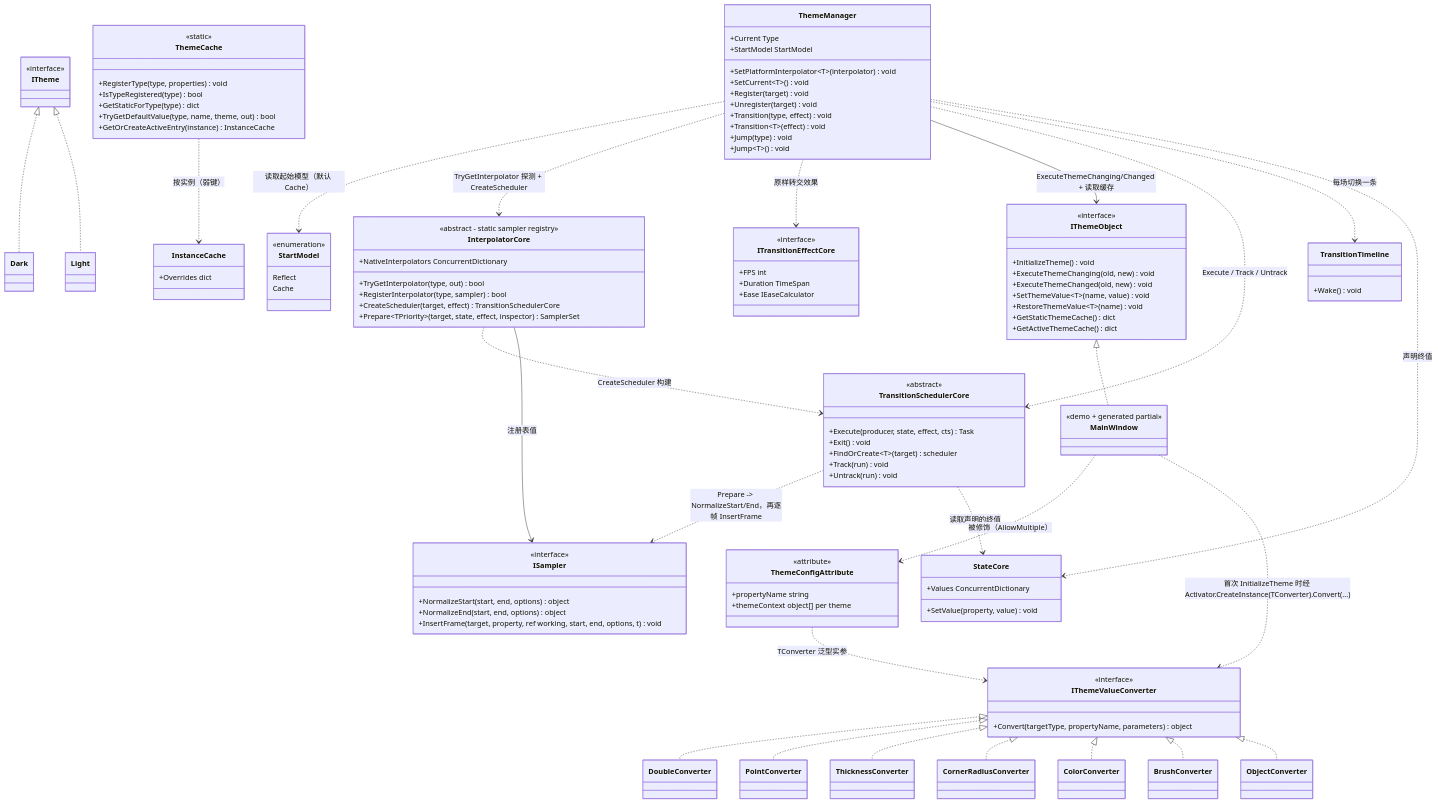
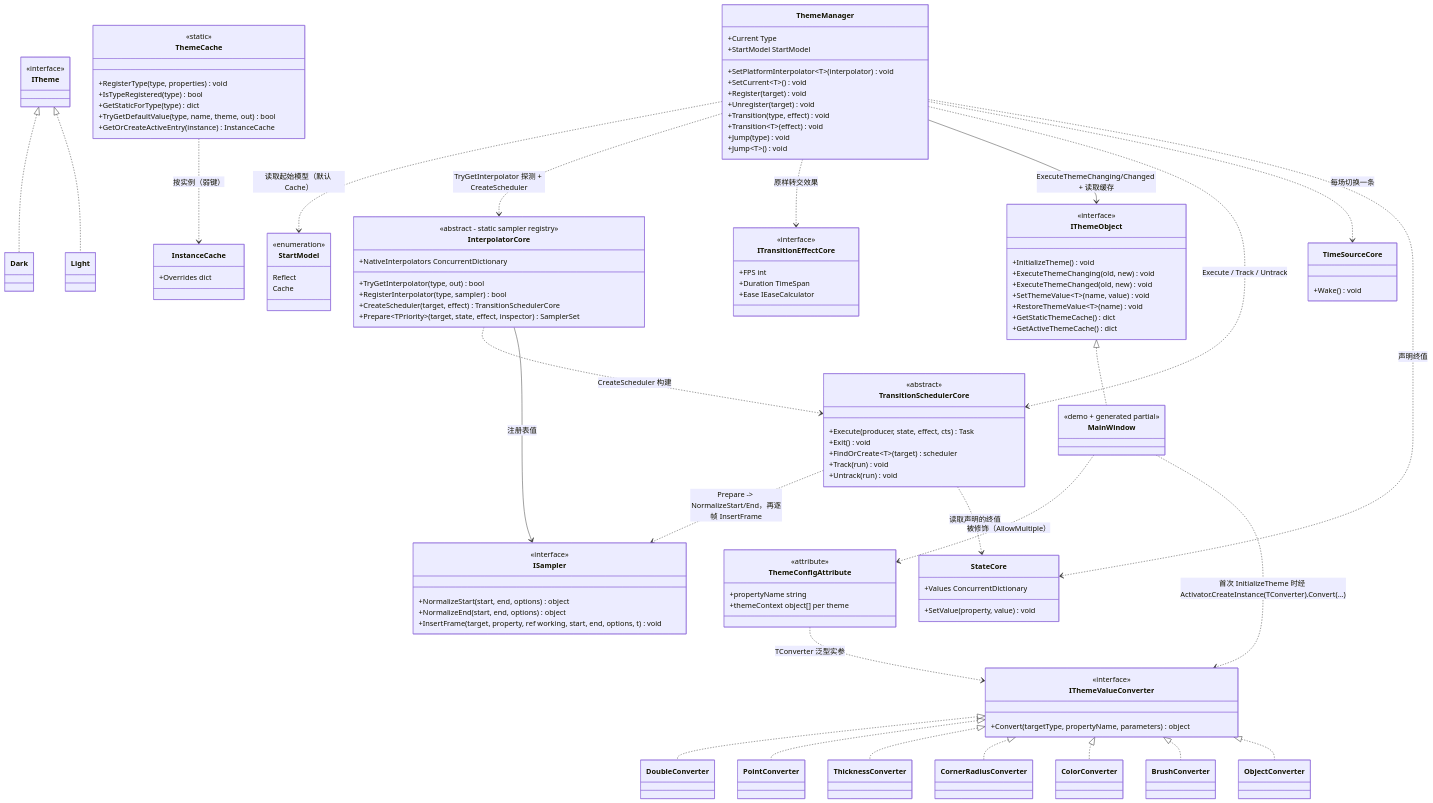
Before and after one commit to Axvser/VeloxDev.Docs: the diagram in src/CloudGlyph/Assets/Docs/content/zh/3_SE分析/02_设计模式分析/04_动态主题/index.md, drawn with Mermaid. The commit also changed other lines of this file and 37 other files, not shown here.

```diff
--- a/src/CloudGlyph/Assets/Docs/content/zh/3_SE分析/02_设计模式分析/04_动态主题/index.md
+++ b/src/CloudGlyph/Assets/Docs/content/zh/3_SE分析/02_设计模式分析/04_动态主题/index.md
@@ -84,7 +84,7 @@
         +Track(run) void
         +Untrack(run) void
     }
-    class TransitionTimeline {
+    class TimeSourceCore {
         +Wake() void
     }
     class StateCore {
@@ -111,7 +111,7 @@
     ThemeManager ..> ITransitionEffectCore : 原样转交效果
     ThemeManager --> IThemeObject : ExecuteThemeChanging/Changed + 读取缓存
     ThemeManager ..> TransitionSchedulerCore : Execute / Track / Untrack
-    ThemeManager ..> TransitionTimeline : 每场切换一条
+    ThemeManager ..> TimeSourceCore : 每场切换一条
     ThemeManager ..> StateCore : 声明终值
     InterpolatorCore ..> TransitionSchedulerCore : CreateScheduler 构建
     TransitionSchedulerCore ..> ISampler : Prepare -> NormalizeStart/End，再逐帧 InsertFrame
```
